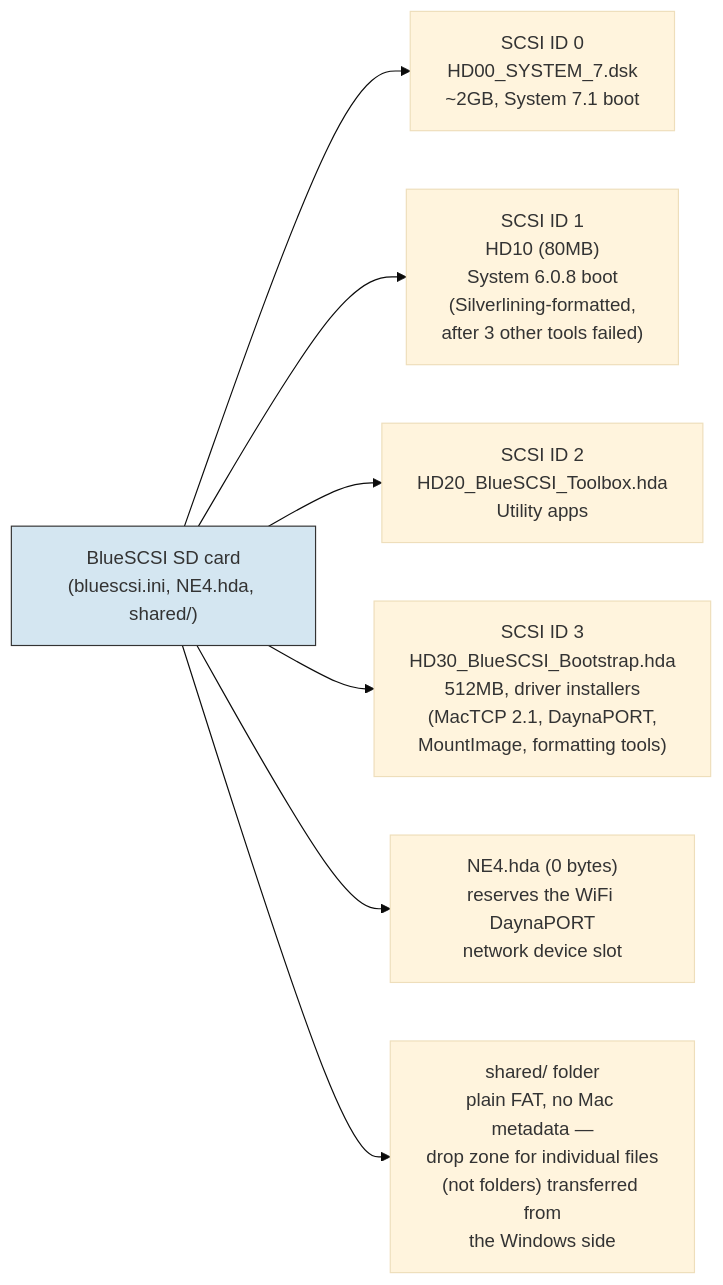
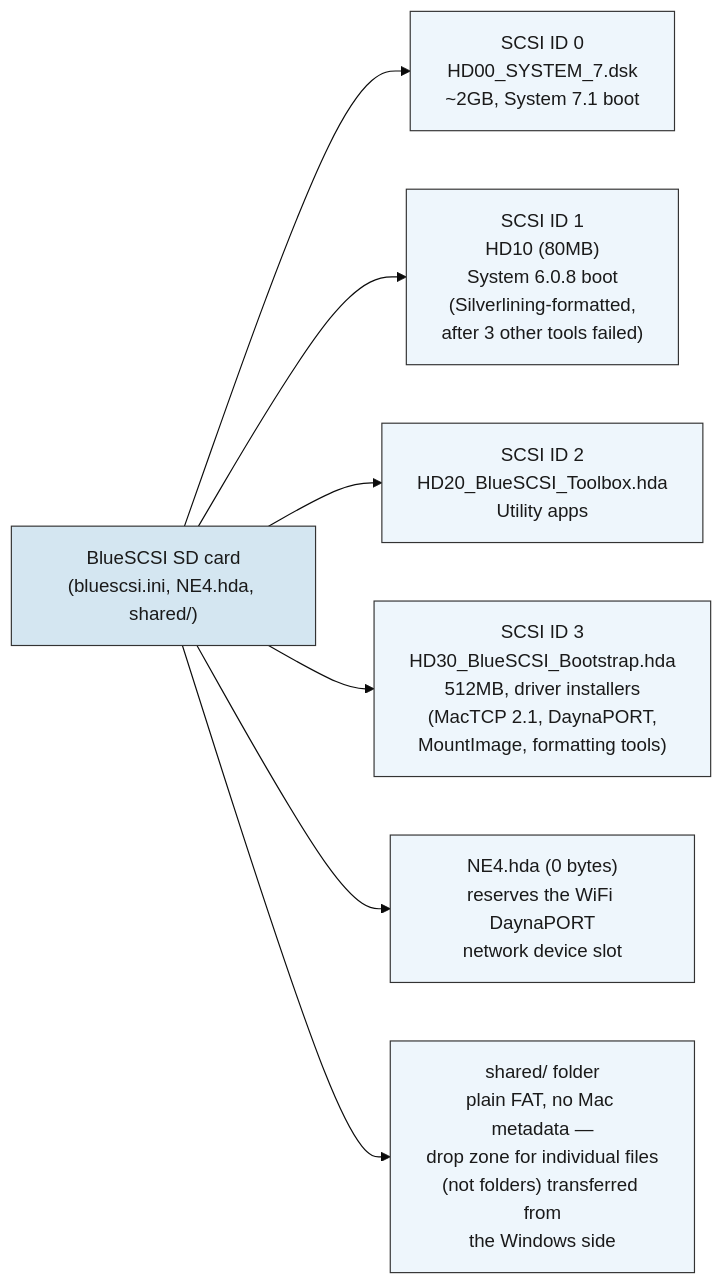
One commit to sheppy1/mac-se-gemini-bridge changed the second of 5 diagrams in ARCHITECTURE.md. Above: the diagram before and after it, drawn with Mermaid (base theme). The commit also changed other lines of this file and 2 other files, not shown here.

First line of the commit message:
Fix stale BetterTelnet references, improve Mermaid diagram contrast

````diff
--- a/ARCHITECTURE.md
+++ b/ARCHITECTURE.md
@@ -69,12 +76,18 @@
 ```mermaid
 flowchart LR
     SD["BlueSCSI SD card<br/>(bluescsi.ini, NE4.hda, shared/)"]
     SD --> ID0["SCSI ID 0<br/>HD00_SYSTEM_7.dsk<br/>~2GB, System 7.1 boot"]
     SD --> ID1["SCSI ID 1<br/>HD10 (80MB)<br/>System 6.0.8 boot<br/>(Silverlining-formatted,<br/>after 3 other tools failed)"]
     SD --> ID2["SCSI ID 2<br/>HD20_BlueSCSI_Toolbox.hda<br/>Utility apps"]
     SD --> ID3["SCSI ID 3<br/>HD30_BlueSCSI_Bootstrap.hda<br/>512MB, driver installers<br/>(MacTCP 2.1, DaynaPORT,<br/>MountImage, formatting tools)"]
     SD --> NE4["NE4.hda (0 bytes)<br/>reserves the WiFi DaynaPORT<br/>network device slot"]
     SD --> SHARED["shared/ folder<br/>plain FAT, no Mac metadata —<br/>drop zone for individual files<br/>(not folders) transferred from<br/>the Windows side"]
 
-    style SD fill:#d4e6f1,stroke:#333
+    style SD fill:#d4e6f1,stroke:#333,color:#1a1a1a
+    style ID0 fill:#eef6fc,stroke:#333,color:#1a1a1a
+    style ID1 fill:#eef6fc,stroke:#333,color:#1a1a1a
+    style ID2 fill:#eef6fc,stroke:#333,color:#1a1a1a
+    style ID3 fill:#eef6fc,stroke:#333,color:#1a1a1a
+    style NE4 fill:#eef6fc,stroke:#333,color:#1a1a1a
+    style SHARED fill:#eef6fc,stroke:#333,color:#1a1a1a
 ```
````
